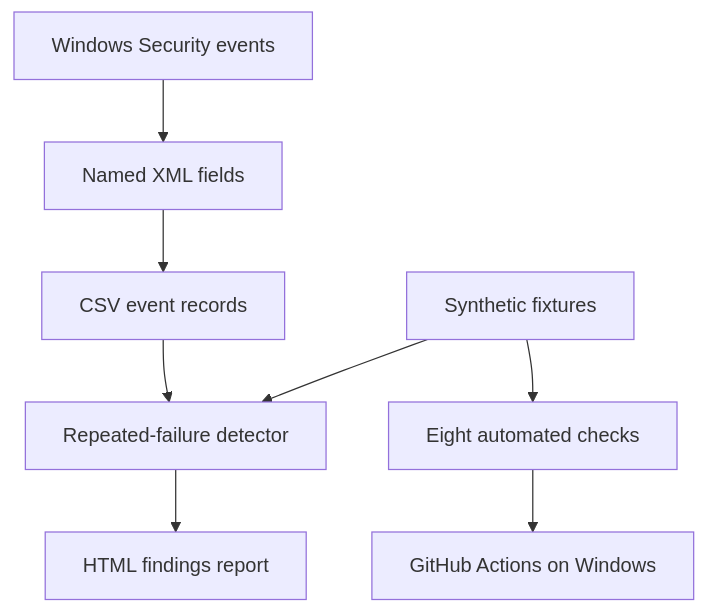
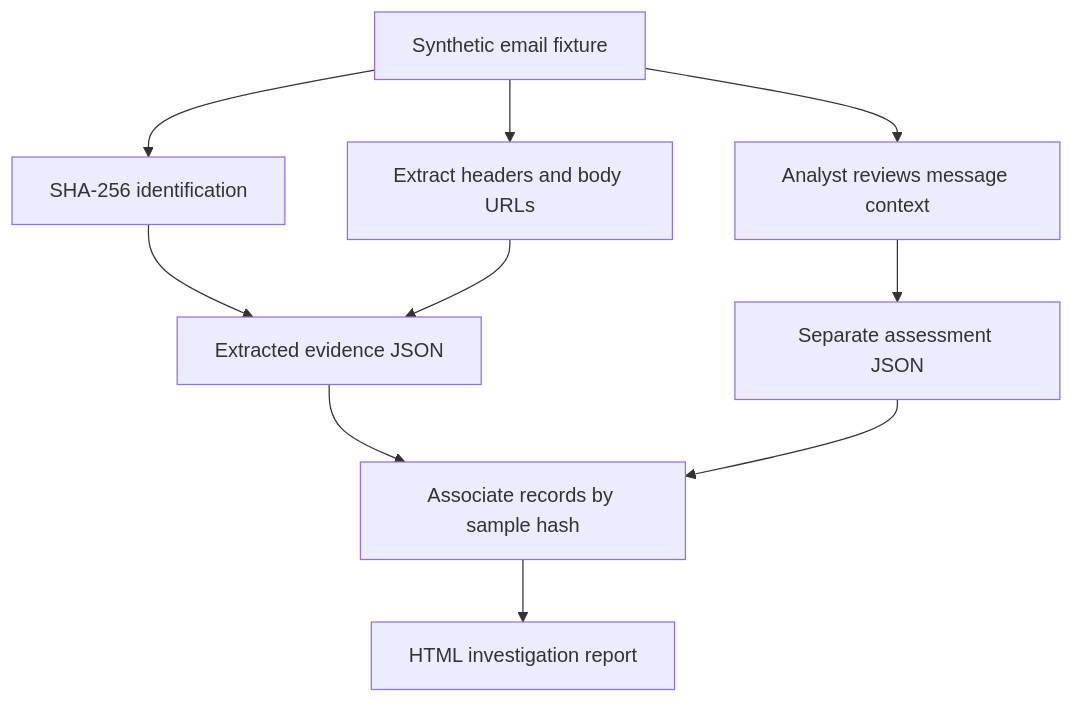
One commit to Banoth281/soc-login-lab changed the second of 2 diagrams in README.md. Above: the diagram before and after it, drawn with Mermaid. The commit also changed other lines of this file, not shown here.

Commit message:
Restructure SOC portfolio README for recruiters with diagrams and verified evidence

````diff
--- a/README.md
+++ b/README.md
@@ -18,10 +71,12 @@
 ```mermaid
 flowchart TD
-    A["Windows Security events"] --> B["Named XML fields"]
-    B --> C["CSV event records"]
-    C --> D["Repeated-failure detector"]
-    E["Synthetic fixtures"] --> D
-    D --> F["HTML findings report"]
-    E --> G["Eight automated checks"]
-    G --> H["GitHub Actions on Windows"]
+    A["Synthetic email fixture"] --> B["SHA-256 identification"]
+    A --> C["Extract headers and body URLs"]
+    B --> D["Extracted evidence JSON"]
+    C --> D
+    A --> E["Analyst reviews message context"]
+    E --> F["Separate assessment JSON"]
+    D --> G["Associate records by sample hash"]
+    F --> G
+    G --> H["HTML investigation report"]
 ```
````
